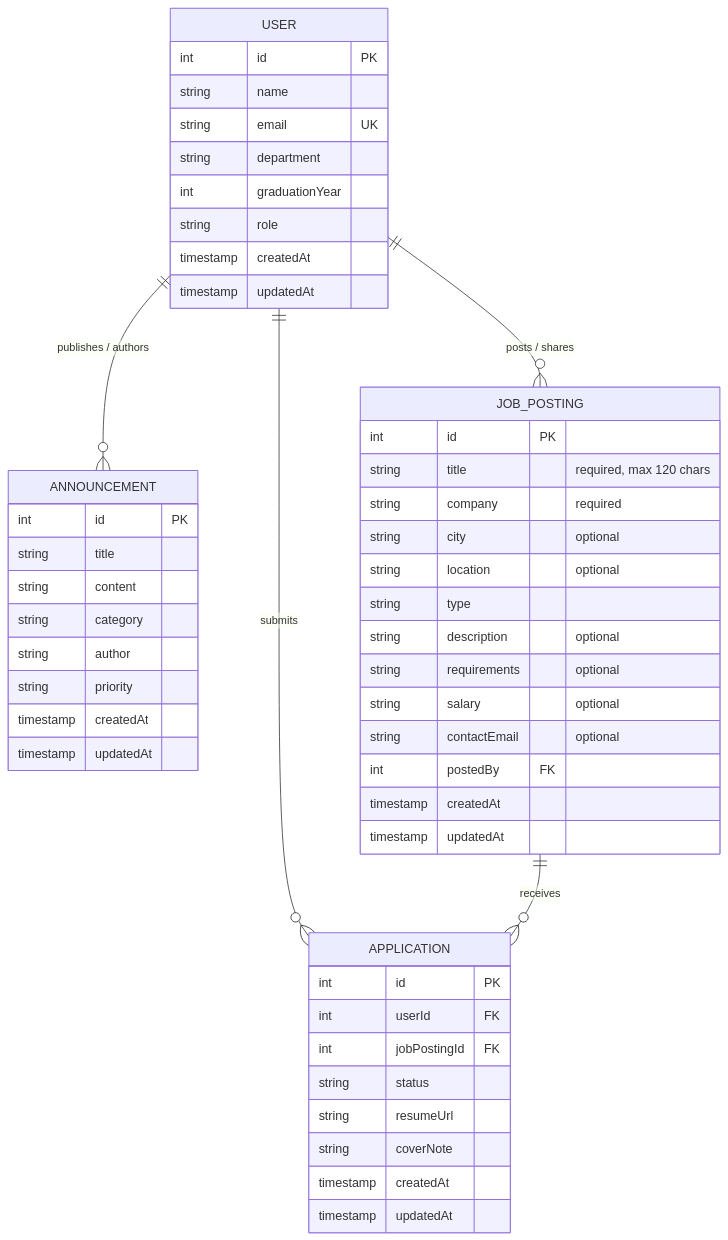
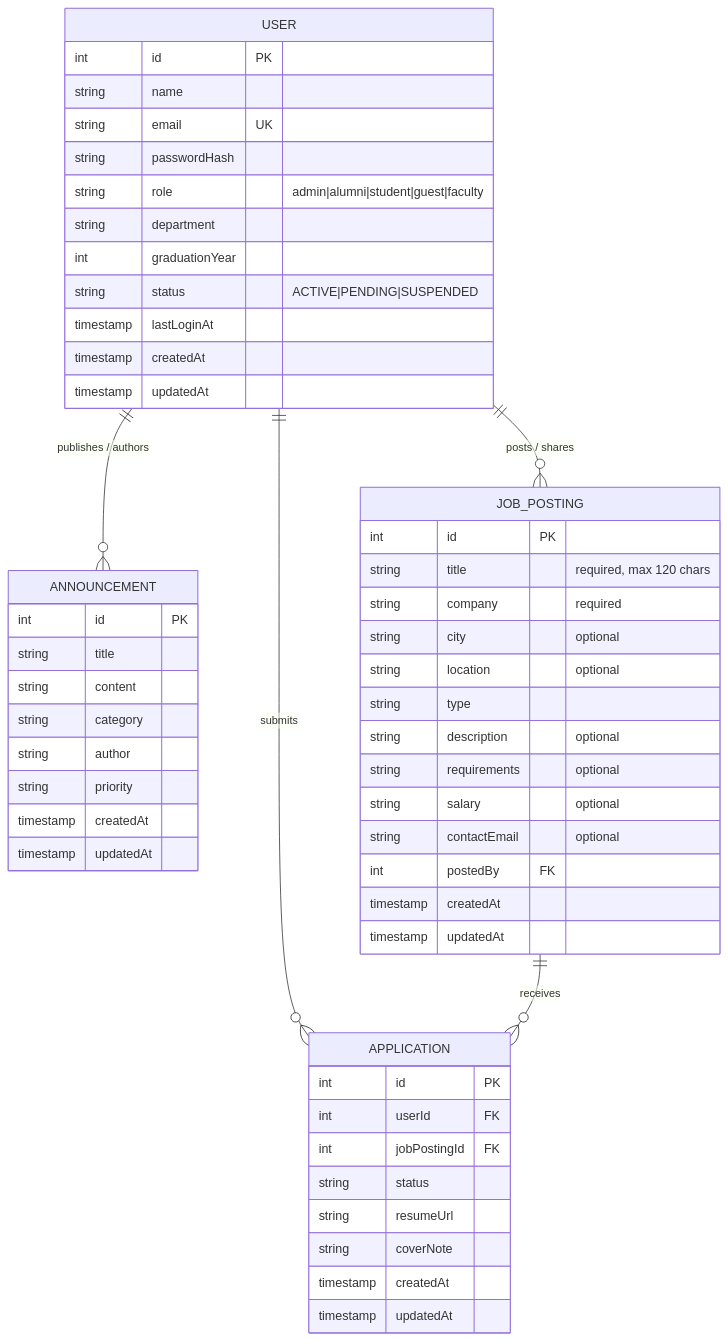
The fifth of 10 diagrams in ddd.md (ecemyakali/alumni), drawn with Mermaid before and after one commit. The commit also changed other lines of this file, not shown here.

Commit message:
docs(ddd): document User aggregate, authentication rules, system roles and domain event flows

````diff
--- a/ddd.md
+++ b/ddd.md
@@ -205,52 +626,55 @@
 ```mermaid
 erDiagram
     USER ||--o{ ANNOUNCEMENT : "publishes / authors"
     USER ||--o{ JOB_POSTING : "posts / shares"
     USER ||--o{ APPLICATION : "submits"
     JOB_POSTING ||--o{ APPLICATION : "receives"
     USER {
         int id PK
         string name
         string email UK
+        string passwordHash
+        string role "admin|alumni|student|guest|faculty"
         string department
         int graduationYear
-        string role
+        string status "ACTIVE|PENDING|SUSPENDED"
+        timestamp lastLoginAt
         timestamp createdAt
         timestamp updatedAt
     }
     ANNOUNCEMENT {
         int id PK
         string title
         string content
         string category
         string author
         string priority
         timestamp createdAt
         timestamp updatedAt
     }
     JOB_POSTING {
         int id PK
         string title "required, max 120 chars"
         string company "required"
         string city "optional"
         string location "optional"
         string type
         string description "optional"
         string requirements "optional"
         string salary "optional"
         string contactEmail "optional"
         int postedBy FK
         timestamp createdAt
         timestamp updatedAt
     }
     APPLICATION {
         int id PK
         int userId FK
         int jobPostingId FK
         string status
         string resumeUrl
         string coverNote
         timestamp createdAt
         timestamp updatedAt
     }
 ```
````
